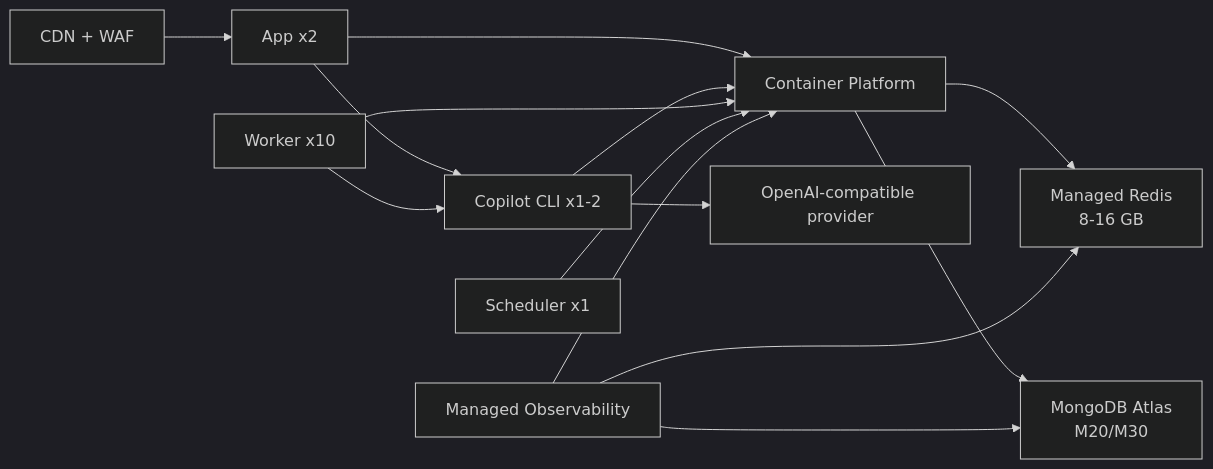
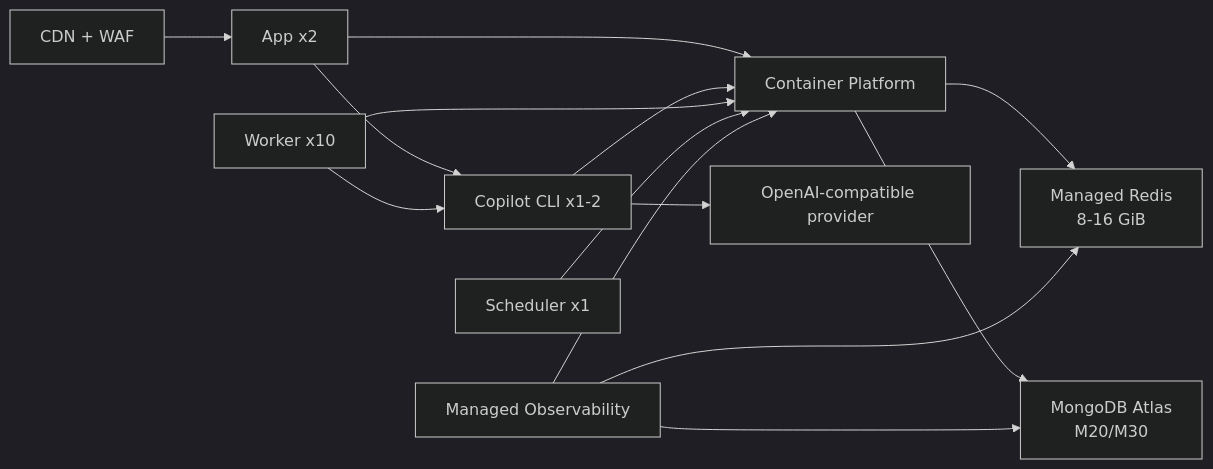
Diagram 13 of 17 in production-resource-architecture-proposal.md (chunkai1312/temp), drawn with Mermaid (dark theme) before and after one commit. The commit also changed other lines of this file, not shown here.

````diff
--- a/production-resource-architecture-proposal.md
+++ b/production-resource-architecture-proposal.md
@@ -555,16 +553,16 @@
 ```mermaid
 flowchart LR
   APP["App x2"] --> COMPUTE["Container Platform"]
   CLI["Copilot CLI x1-2"] --> COMPUTE
   WORKER["Worker x10"] --> COMPUTE
   SCHED["Scheduler x1"] --> COMPUTE
   APP --> CLI
   WORKER --> CLI
   CLI --> PROVIDER["OpenAI-compatible provider"]
-  COMPUTE --> REDIS["Managed Redis\n8-16 GB"]
+  COMPUTE --> REDIS["Managed Redis\n8-16 GiB"]
   COMPUTE --> MONGO["MongoDB Atlas\nM20/M30"]
   CDN["CDN + WAF"] --> APP
   OBS["Managed Observability"] --> COMPUTE
   OBS --> REDIS
   OBS --> MONGO
 ```
````
